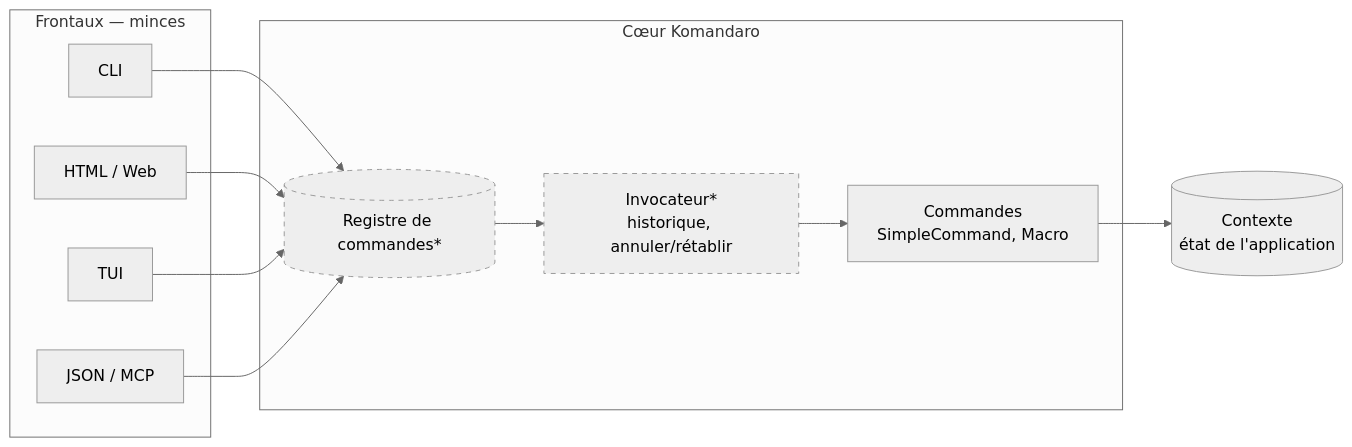
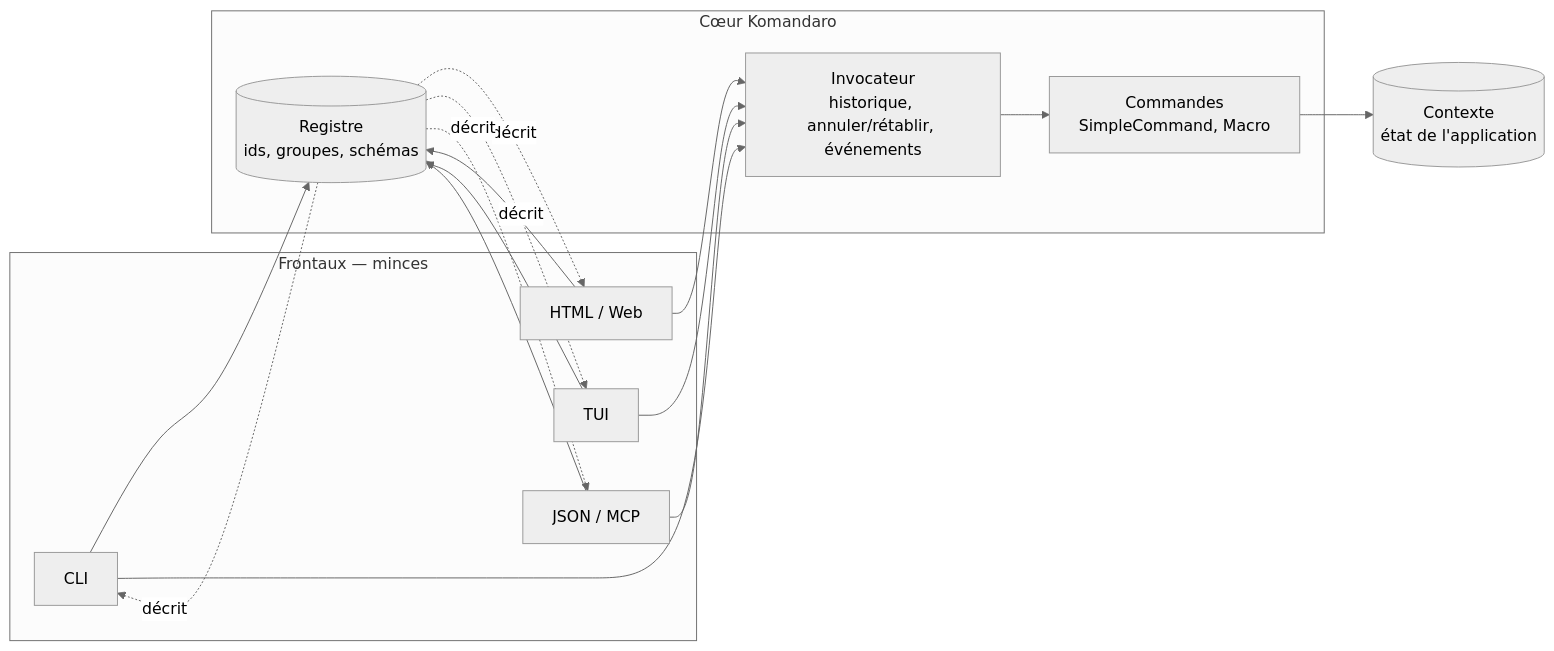
Before and after one commit to michaellaunay/komandaro: the first of 8 diagrams in docs/fr/architecture.md, drawn with Mermaid (neutral theme). The commit also changed other lines of this file and 17 other files, not shown here.

Commit message:
feat(komandaro): décrire les commandes, phase 2 (schéma, mémento, registre, invocateur)

````diff
--- a/docs/fr/architecture.md
+++ b/docs/fr/architecture.md
@@ -24,18 +24,18 @@
 ```mermaid
 flowchart LR
     subgraph frontends [Frontaux — minces]
         CLI[CLI]
         HTML[HTML / Web]
         TUI[TUI]
         API[JSON / MCP]
     end
     subgraph core [Cœur Komandaro]
-        REG[(Registre de commandes*)]
-        INV[Invocateur*<br/>historique, annuler/rétablir]
+        REG[(Registre<br/>ids, groupes, schémas)]
+        INV[Invocateur<br/>historique, annuler/rétablir, événements]
         CMD[Commandes<br/>SimpleCommand, Macro]
     end
     CTX[(Contexte<br/>état de l'application)]
-    CLI & HTML & TUI & API --> REG --> INV --> CMD --> CTX
-    classDef future stroke-dasharray: 5 5
-    class REG,INV future
+    CLI & HTML & TUI & API --> REG
+    CLI & HTML & TUI & API --> INV --> CMD --> CTX
+    REG -. décrit .-> CLI & HTML & TUI & API
 ```
````
